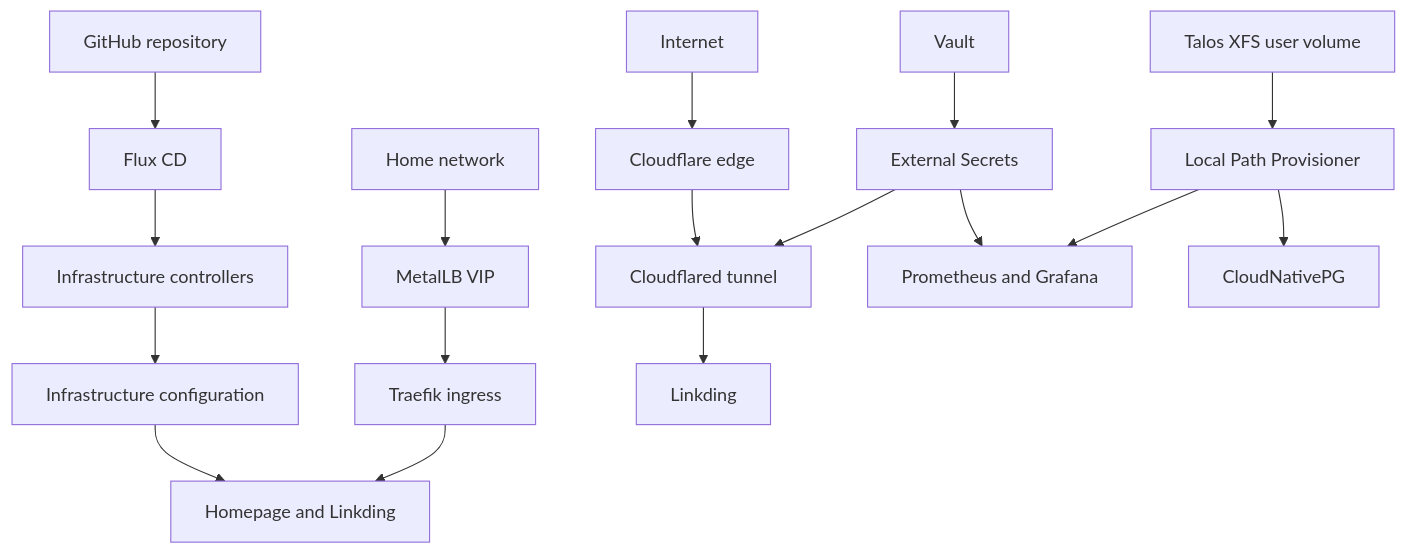
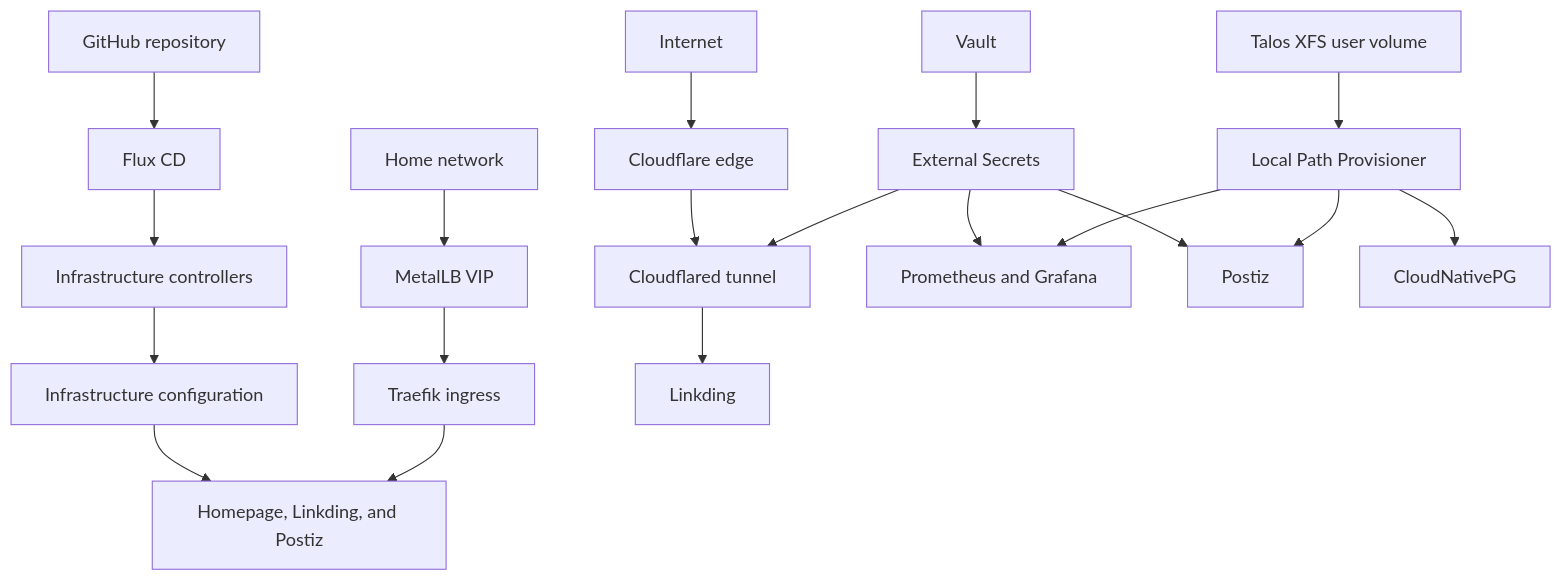
Before and after one commit to HYP3R00T/homelab: the diagram in docs/index.md, drawn with Mermaid. The commit also changed other lines of this file and 10 other files, not shown here.

````diff
--- a/docs/index.md
+++ b/docs/index.md
@@ -43,23 +43,25 @@
 ```mermaid
 flowchart TB
     Git[GitHub repository] --> Flux[Flux CD]
     Flux --> Controllers[Infrastructure controllers]
     Controllers --> Configs[Infrastructure configuration]
-    Configs --> Apps[Homepage and Linkding]
+    Configs --> Apps[Homepage, Linkding, and Postiz]
 
     LAN[Home network] --> MetalLB[MetalLB VIP]
     MetalLB --> Traefik[Traefik ingress]
     Traefik --> Apps
 
     Internet[Internet] --> Cloudflare[Cloudflare edge]
     Cloudflare --> Cloudflared[Cloudflared tunnel]
     Cloudflared --> Linkding[Linkding]
 
     Vault[Vault] --> ESO[External Secrets]
     ESO --> Cloudflared
     ESO --> Monitoring[Prometheus and Grafana]
+    ESO --> Postiz
 
     Talos[Talos XFS user volume] --> LocalPath[Local Path Provisioner]
     LocalPath --> CNPG[CloudNativePG]
     LocalPath --> Monitoring
+    LocalPath --> Postiz
 ```
````
